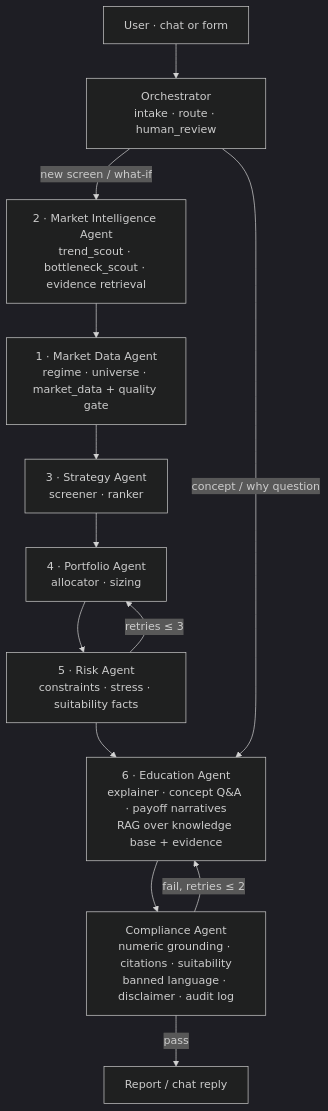
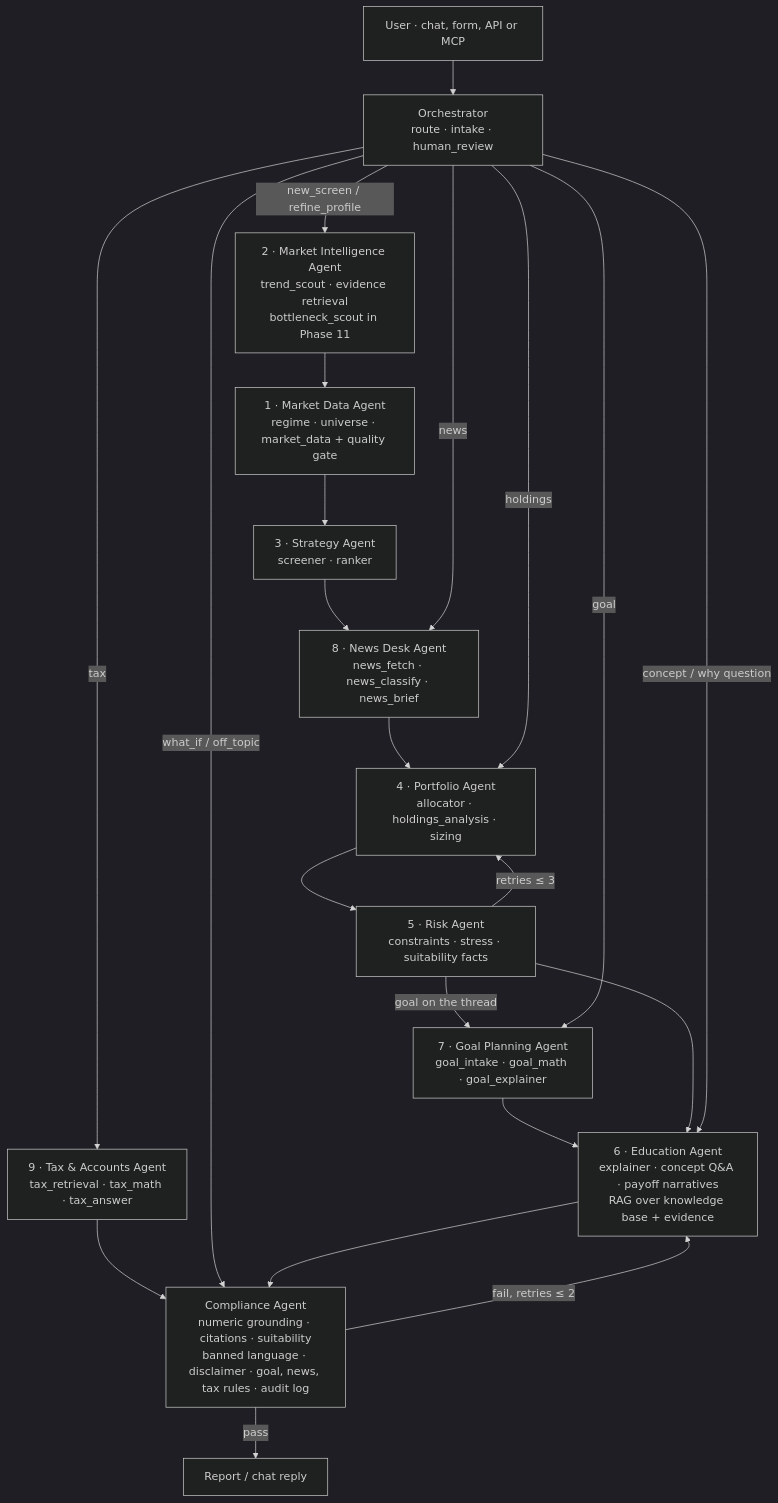
One commit to SachiK0thari/options-scout-ai changed the first of 2 diagrams in PRD.md. Above: the diagram before and after it, drawn with Mermaid (dark theme). The commit also changed other lines of this file and 17 other files, not shown here.

Commit message:
step 12.9: docs, brief mapping, API and troubleshooting, requirements export, benchmarks

````diff
--- a/PRD.md
+++ b/PRD.md
@@ -491,15 +491,24 @@
 ```mermaid
 flowchart TD
-    U[User · chat or form] --> O[Orchestrator<br/>intake · route · human_review]
-    O -->|new screen / what-if| MI[2 · Market Intelligence Agent<br/>trend_scout · bottleneck_scout · evidence retrieval]
+    U[User · chat, form, API or MCP] --> O[Orchestrator<br/>route · intake · human_review]
+    O -->|new_screen / refine_profile| MI[2 · Market Intelligence Agent<br/>trend_scout · evidence retrieval<br/>bottleneck_scout in Phase 11]
     MI --> MD[1 · Market Data Agent<br/>regime · universe · market_data + quality gate]
     MD --> ST[3 · Strategy Agent<br/>screener · ranker]
-    ST --> PF[4 · Portfolio Agent<br/>allocator · sizing]
+    ST --> ND[8 · News Desk Agent<br/>news_fetch · news_classify · news_brief]
+    ND --> PF[4 · Portfolio Agent<br/>allocator · holdings_analysis · sizing]
     PF --> RK[5 · Risk Agent<br/>constraints · stress · suitability facts]
     RK -->|retries ≤ 3| PF
+    RK -->|goal on the thread| GP[7 · Goal Planning Agent<br/>goal_intake · goal_math · goal_explainer]
+    GP --> ED
     RK --> ED[6 · Education Agent<br/>explainer · concept Q&A · payoff narratives<br/>RAG over knowledge base + evidence]
     O -->|concept / why question| ED
-    ED --> CP[Compliance Agent<br/>numeric grounding · citations · suitability<br/>banned language · disclaimer · audit log]
+    O -->|goal| GP
+    O -->|holdings| PF
+    O -->|news| ND
+    O -->|tax| TX[9 · Tax & Accounts Agent<br/>tax_retrieval · tax_math · tax_answer]
+    TX --> CP
+    O -->|what_if / off_topic| CP
+    ED --> CP[Compliance Agent<br/>numeric grounding · citations · suitability<br/>banned language · disclaimer · goal, news, tax rules · audit log]
     CP -->|fail, retries ≤ 2| ED
     CP -->|pass| R[Report / chat reply]
 ```
````
